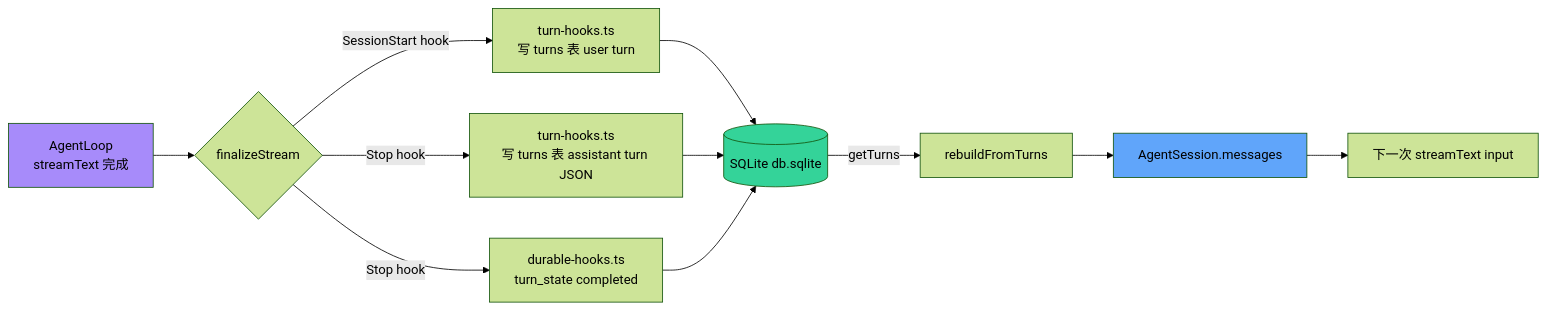
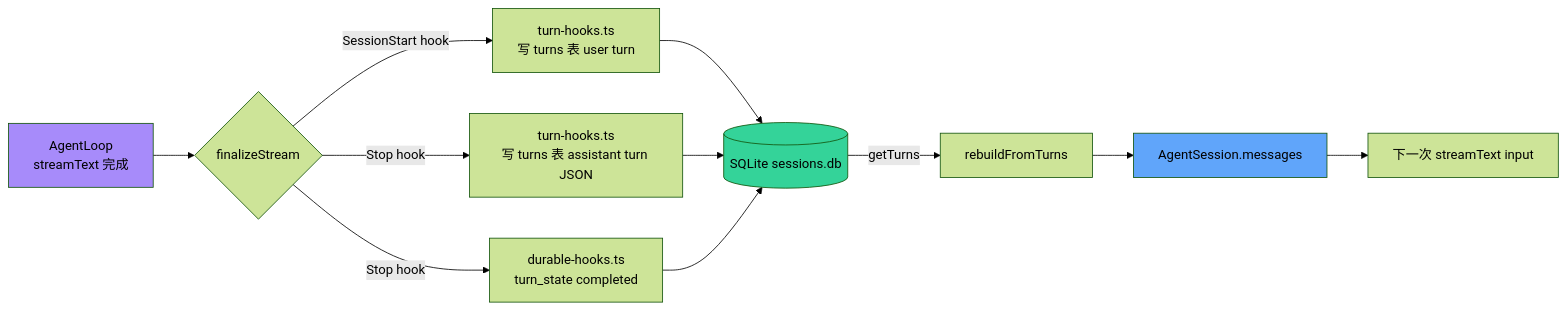
One commit to LanicBlue/zero-core changed the fourth of 4 diagrams in docs/arch/05-persistence.md. Above: the diagram before and after it, drawn with Mermaid (forest theme). The commit also changed other lines of this file and 1 other file, not shown here.

````diff
--- a/docs/arch/05-persistence.md
+++ b/docs/arch/05-persistence.md
@@ -761,17 +824,17 @@
 ```mermaid
 flowchart LR
     A[AgentLoop<br/>streamText 完成] --> B{finalizeStream}
     B -->|SessionStart hook| T1[turn-hooks.ts<br/>写 turns 表 user turn]
     B -->|Stop hook| T2[turn-hooks.ts<br/>写 turns 表 assistant turn JSON]
     B -->|Stop hook| T3[durable-hooks.ts<br/>turn_state completed]
-    T1 --> DB[(SQLite db.sqlite)]
+    T1 --> DB[(SQLite sessions.db)]
     T2 --> DB
     T3 --> DB
     DB -->|getTurns| R[rebuildFromTurns]
     R --> M[AgentSession.messages]
     M --> N[下一次 streamText input]
 
     style A fill:#a78bfa,color:#000
     style DB fill:#34d399,color:#000
     style M fill:#60a5fa,color:#000
 ```
````
